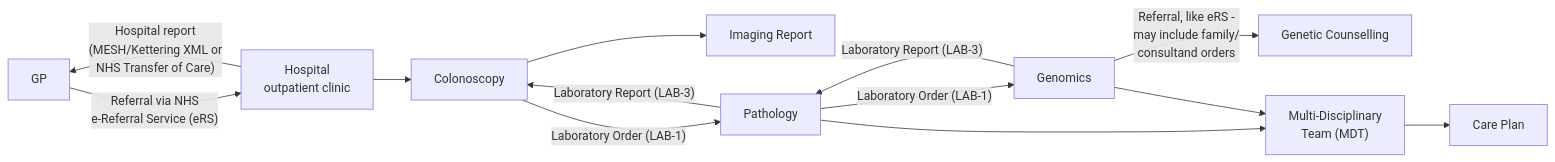
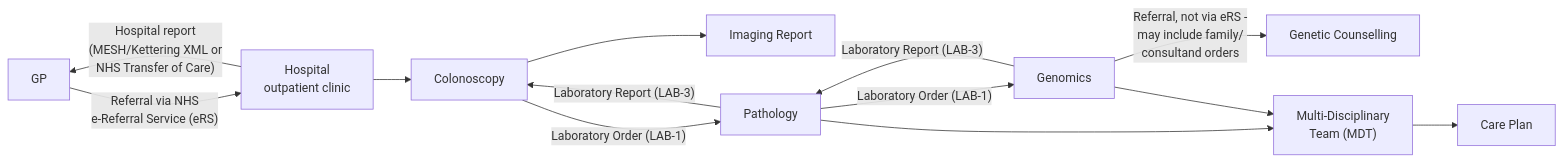
Before and after one commit to nw-gmsa/nw-gmsa.github.com: the third of 5 diagrams in input/pagecontent/CancerNOS.md, drawn with Mermaid. The commit also changed other lines of this file and 5 other files, not shown here.

````diff
--- a/input/pagecontent/CancerNOS.md
+++ b/input/pagecontent/CancerNOS.md
@@ -104,15 +105,15 @@
 ```mermaid
 flowchart LR
     GP["GP"] -->|"Referral via NHS<br/>e-Referral Service (eRS)"| Hosp["Hospital<br/>outpatient clinic"]
     Hosp -->|"Hospital report<br/>(MESH/Kettering XML or<br/>NHS Transfer of Care)"| GP
     Hosp --> Colo["Colonoscopy"]
     Colo --> Img["Imaging Report"]
     Colo -->|"Laboratory Order (LAB-1)"| Path["Pathology"]
     Path -->|"Laboratory Report (LAB-3)"| Colo
     Path -->|"Laboratory Order (LAB-1)"| Gen["Genomics"]
     Gen -->|"Laboratory Report (LAB-3)"| Path
-    Gen -->|"Referral, like eRS -<br/>may include family/<br/>consultand orders"| Couns["Genetic Counselling"]
+    Gen -->|"Referral, not via eRS -<br/>may include family/<br/>consultand orders"| Couns["Genetic Counselling"]
     Path --> MDT["Multi-Disciplinary<br/>Team (MDT)"]
     Gen --> MDT
     MDT --> Plan["Care Plan"]
 ```
````
